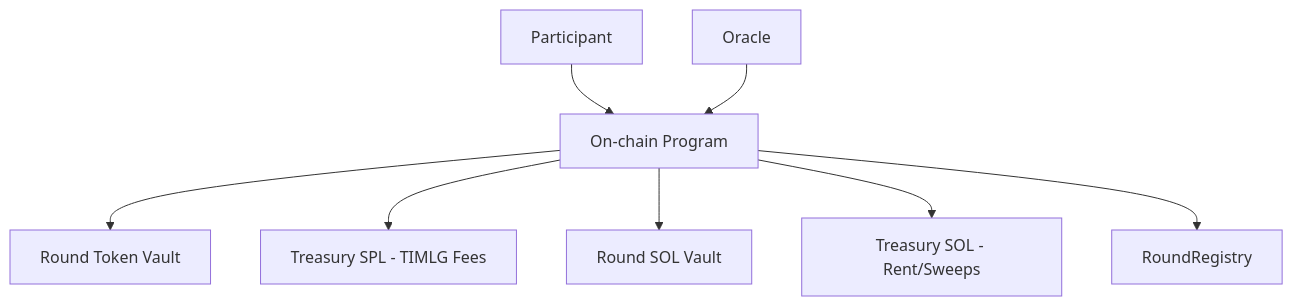
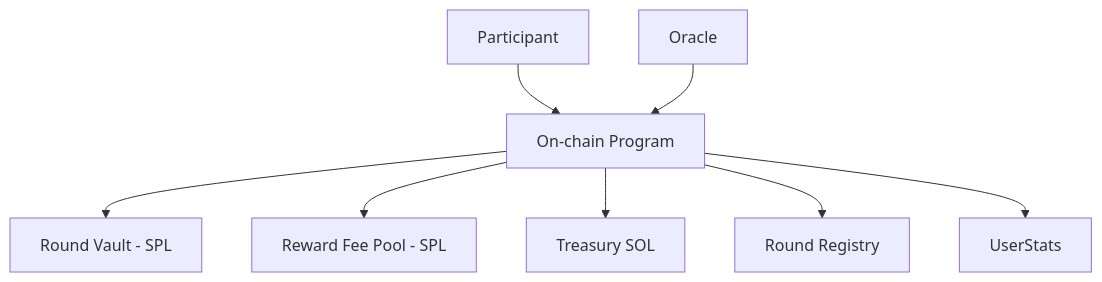
The diagram in docs/protocol/overview.md (TIMLG-Protocol/timlg-protocol), drawn with Mermaid before and after one commit. The commit also changed other lines of this file and 30 other files, not shown here.

````diff
--- a/docs/protocol/overview.md
+++ b/docs/protocol/overview.md
@@ -19,10 +32,10 @@
 ```mermaid
 graph TD
   P[Participant] --> S[On-chain Program]
   O[Oracle] --> S
-  S --> V[Round Token Vault]
-  S --> T_SPL[Treasury SPL - TIMLG Fees]
-  S --> SV[Round SOL Vault]
-  S --> T_SOL[Treasury SOL - Rent/Sweeps]
-  S --> RR[RoundRegistry]
+  S --> RV[Round Vault - SPL]
+  S --> RFP[Reward Fee Pool - SPL]
+  S --> TSOL[Treasury SOL]
+  S --> RR[Round Registry]
+  S --> US[UserStats]
 ```
````
